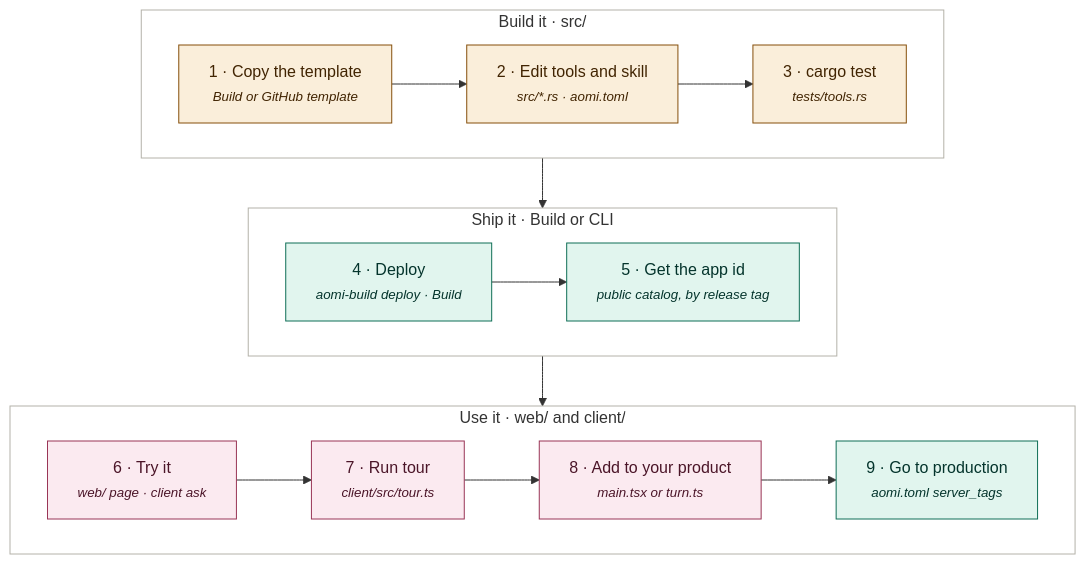
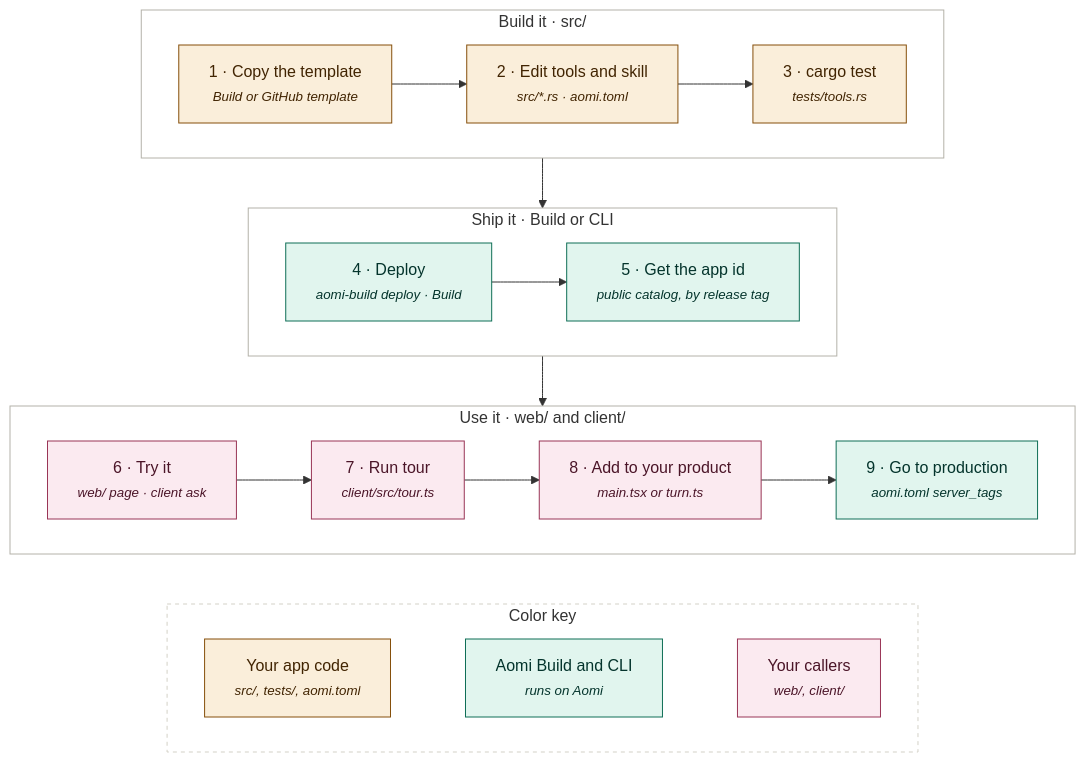
One commit to aomi-labs/playground-example changed the first of 2 diagrams in README.md. Above: the diagram before and after it, drawn with Mermaid. The commit also changed other lines of this file, not shown here.

Commit message:
Add a color key to the journey diagram

````diff
--- a/README.md
+++ b/README.md
@@ -9,26 +9,35 @@
 ```mermaid
 flowchart TB
   subgraph build["Build it · src/"]
     direction LR
     copy["1 · Copy the template<br/><small><i>Build or GitHub template</i></small>"] --> edit["2 · Edit tools and skill<br/><small><i>src/*.rs · aomi.toml</i></small>"] --> test["3 · cargo test<br/><small><i>tests/tools.rs</i></small>"]
   end
   subgraph ship["Ship it · Build or CLI"]
     direction LR
     deploy["4 · Deploy<br/><small><i>aomi-build deploy · Build</i></small>"] --> appid["5 · Get the app id<br/><small><i>public catalog, by release tag</i></small>"]
   end
   subgraph use["Use it · web/ and client/"]
     direction LR
     try["6 · Try it<br/><small><i>web/ page · client ask</i></small>"] --> tour["7 · Run tour<br/><small><i>client/src/tour.ts</i></small>"] --> product["8 · Add to your product<br/><small><i>main.tsx or turn.ts</i></small>"] --> prod["9 · Go to production<br/><small><i>aomi.toml server_tags</i></small>"]
   end
+  subgraph legend["Color key"]
+    direction LR
+    kApp["Your app code<br/><small><i>src/, tests/, aomi.toml</i></small>"]
+    kAomi["Aomi Build and CLI<br/><small><i>runs on Aomi</i></small>"]
+    kCall["Your callers<br/><small><i>web/, client/</i></small>"]
+    kApp ~~~ kAomi ~~~ kCall
+  end
   build --> ship --> use
+  use ~~~ legend
 
   classDef app fill:#FAEEDA,stroke:#854F0B,color:#412402
   classDef callers fill:#FBEAF0,stroke:#993556,color:#4B1528
   classDef aomi fill:#E1F5EE,stroke:#0F6E56,color:#04342C
-  class copy,edit,test app
-  class try,tour,product callers
-  class deploy,appid,prod aomi
+  class copy,edit,test,kApp app
+  class try,tour,product,kCall callers
+  class deploy,appid,prod,kAomi aomi
   style build fill:#ffffff,stroke:#B4B2A9
   style ship fill:#ffffff,stroke:#B4B2A9
   style use fill:#ffffff,stroke:#B4B2A9
+  style legend fill:#ffffff,stroke:#D3D1C7,stroke-dasharray:4 4
 ```
````
